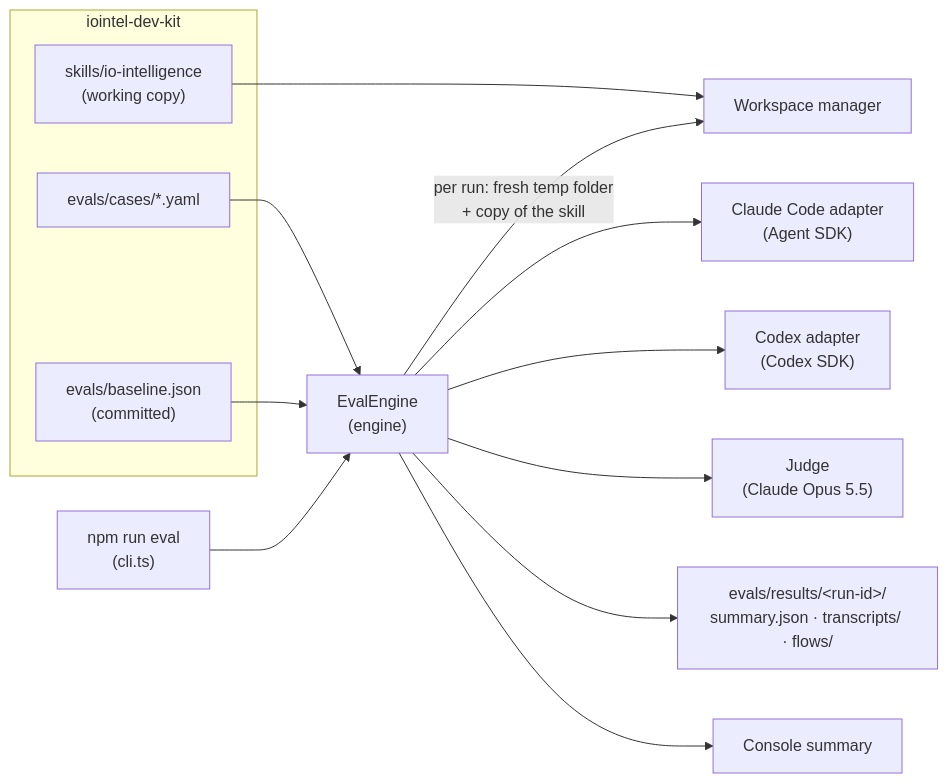
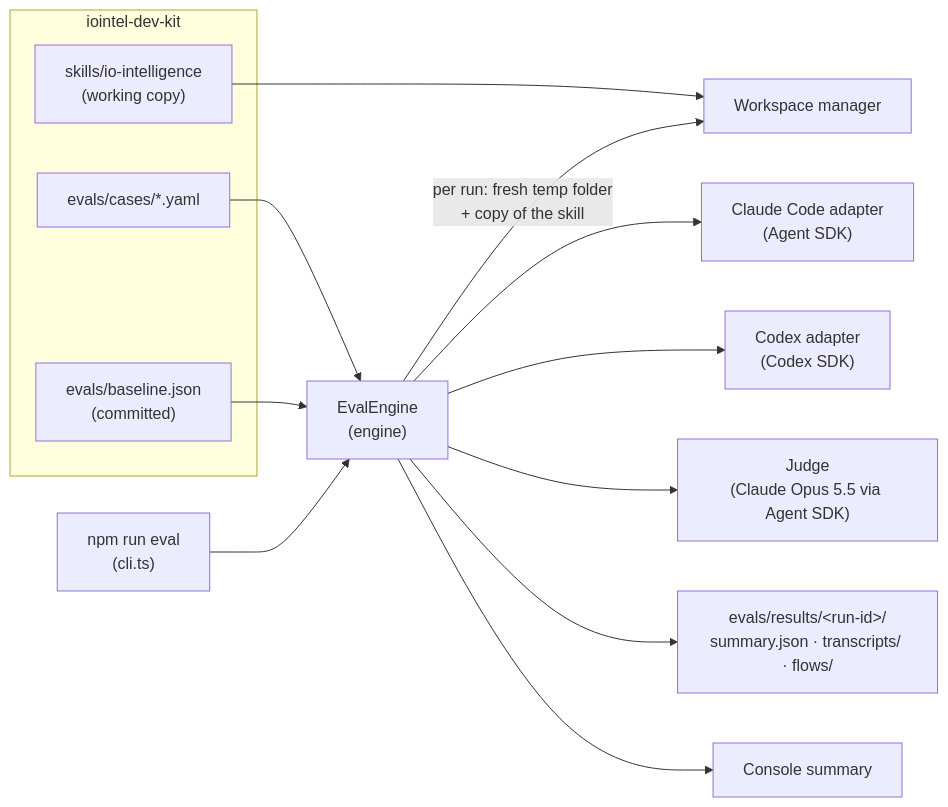
Before and after one commit to InteropIO/iointel-dev-kit: the first of 8 diagrams in evals/README.md, drawn with Mermaid. The commit also changed other lines of this file and 6 other files, not shown here.

````diff
--- a/evals/README.md
+++ b/evals/README.md
@@ -41,19 +46,19 @@
 ```mermaid
 flowchart LR
     subgraph repo["iointel-dev-kit"]
         skill["skills/io-intelligence<br/>(working copy)"]
         cases["evals/cases/*.yaml"]
         baseline["evals/baseline.json<br/>(committed)"]
     end
 
     cli["npm run eval<br/>(cli.ts)"] --> engine["EvalEngine<br/>(engine)"]
     cases --> engine
     engine -->|"per run: fresh temp folder<br/>+ copy of the skill"| ws["Workspace manager"]
     skill --> ws
     engine --> cc["Claude Code adapter<br/>(Agent SDK)"]
     engine --> cx["Codex adapter<br/>(Codex SDK)"]
-    engine --> judge["Judge<br/>(Claude Opus 5.5)"]
+    engine --> judge["Judge<br/>(Claude Opus 5.5 via Agent SDK)"]
     baseline --> engine
     engine --> results["evals/results/&lt;run-id&gt;/<br/>summary.json · transcripts/ · flows/"]
     engine --> console["Console summary"]
 ```
````
